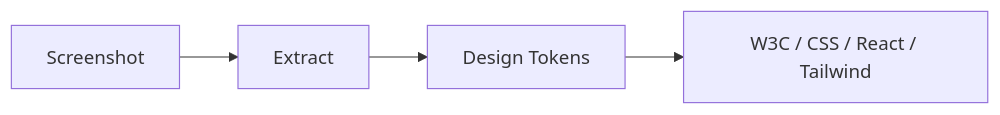
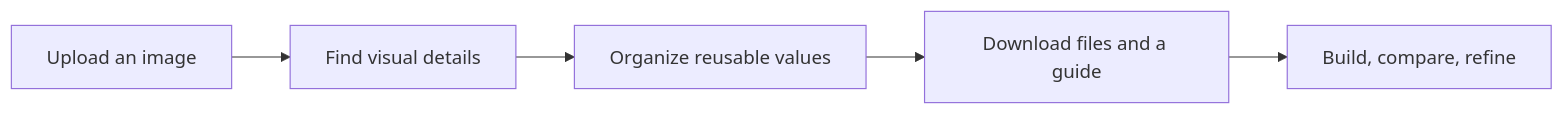
One commit to joshband/copy-that changed the diagram in README.md. Above: the diagram before and after it, drawn with Mermaid. The commit also changed other lines of this file and 2 other files, not shown here.

Commit message:
docs: clarify README and add reusable agent prompt (#182)

````diff
--- a/README.md
+++ b/README.md
@@ -25,6 +26,7 @@
 ```mermaid
 flowchart LR
-    A[Screenshot] --> B[Extract]
-    B --> C[Design Tokens]
-    C --> D[W3C / CSS / React / Tailwind]
+    A[Upload an image] --> B[Find visual details]
+    B --> C[Organize reusable values]
+    C --> D[Download files and a guide]
+    D --> E[Build, compare, refine]
 ```
````
